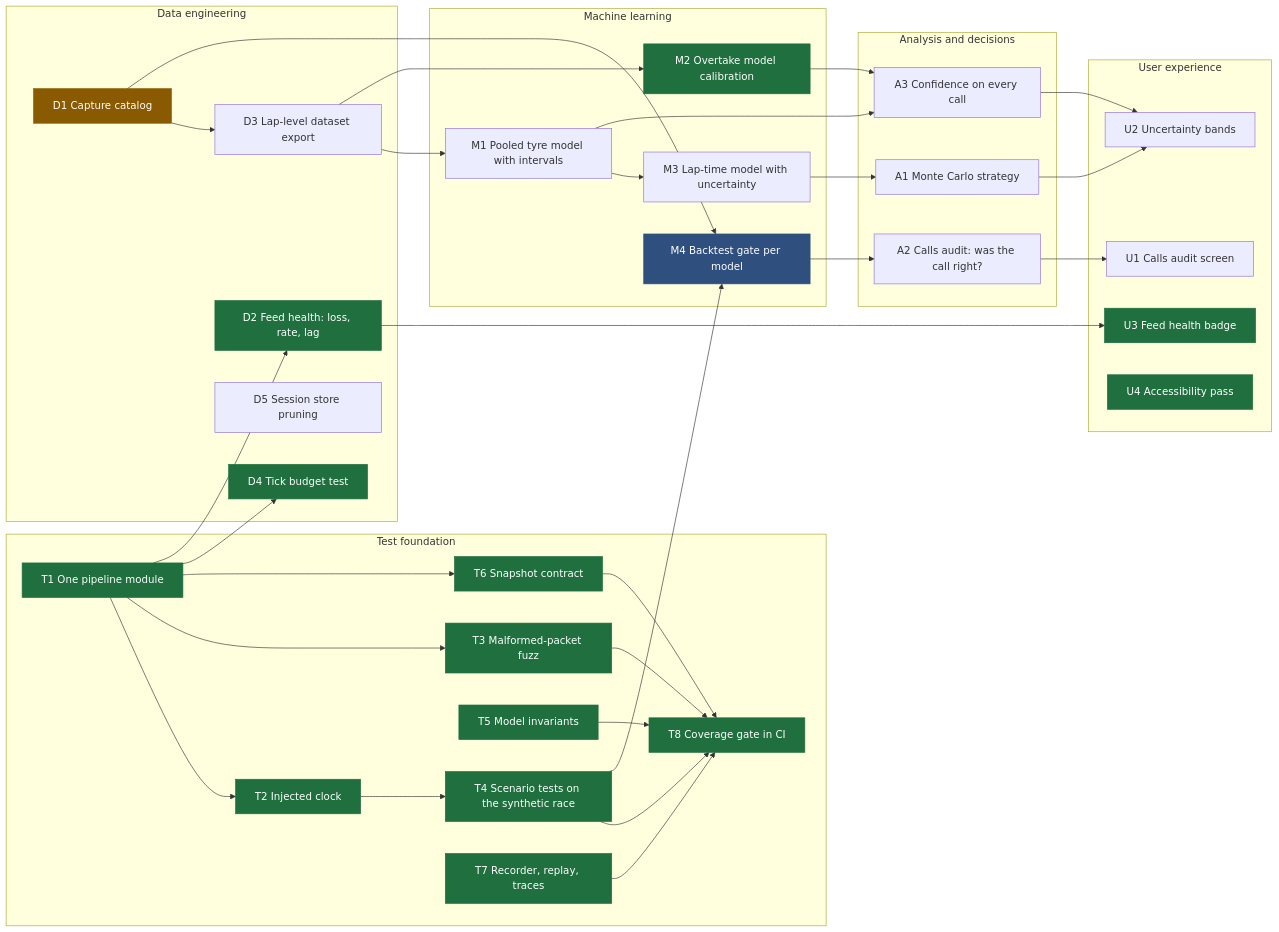
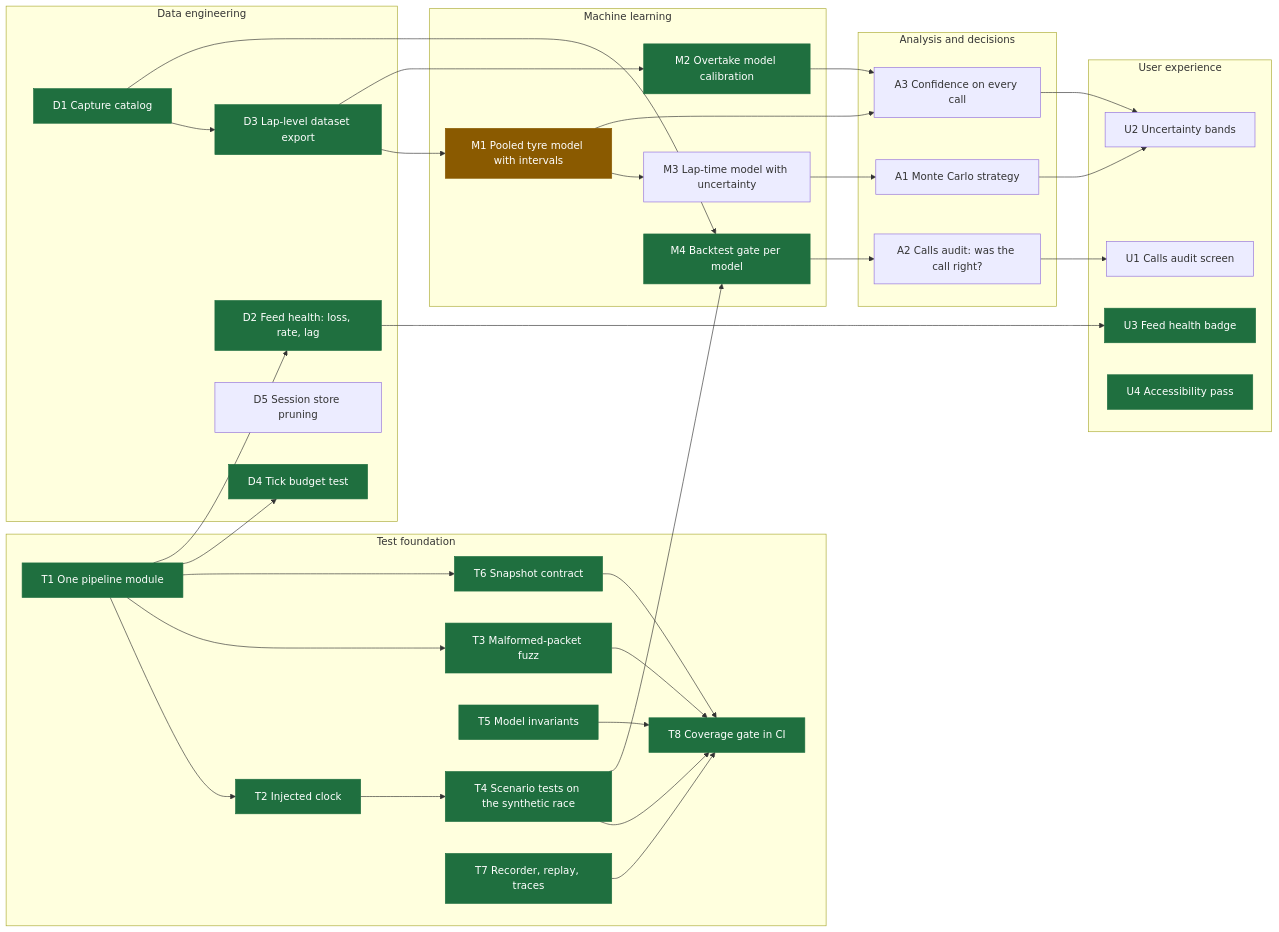
The diagram in docs/roadmap.md (srikarnadella/f1-race-engineer), drawn with Mermaid before and after one commit. The commit also changed other lines of this file and 11 other files, not shown here.

First line of the commit message:
Lap dataset and model backtest gate (roadmap D1, D3, M4): datasets/races.csv and laps.csv built from the real races; CI fails if the tyre model or rival-stop timing gets worse

````diff
--- a/docs/roadmap.md
+++ b/docs/roadmap.md
@@ -8,55 +8,54 @@
 ```mermaid
 flowchart LR
   classDef done fill:#1f6f3f,color:#fff,stroke:#1f6f3f
   classDef next fill:#8a5a00,color:#fff,stroke:#8a5a00
   classDef part fill:#2f4f7f,color:#fff,stroke:#2f4f7f
 
   subgraph T[Test foundation]
     T1[T1 One pipeline module]:::done
     T2[T2 Injected clock]:::done
     T3[T3 Malformed-packet fuzz]:::done
     T4[T4 Scenario tests on the synthetic race]:::done
     T5[T5 Model invariants]:::done
     T6[T6 Snapshot contract]:::done
     T7[T7 Recorder, replay, traces]:::done
     T8[T8 Coverage gate in CI]:::done
   end
   subgraph D[Data engineering]
-    D1[D1 Capture catalog]:::next
-    %% next after D1: D3, then M1
+    D1[D1 Capture catalog]:::done
     D2[D2 Feed health: loss, rate, lag]:::done
-    D3[D3 Lap-level dataset export]
+    D3[D3 Lap-level dataset export]:::done
     D4[D4 Tick budget test]:::done
     D5[D5 Session store pruning]
   end
   subgraph M[Machine learning]
-    M1[M1 Pooled tyre model with intervals]
+    M1[M1 Pooled tyre model with intervals]:::next
     M2[M2 Overtake model calibration]:::done
     M3[M3 Lap-time model with uncertainty]
-    M4[M4 Backtest gate per model]:::part
+    M4[M4 Backtest gate per model]:::done
   end
   subgraph A[Analysis and decisions]
     A1[A1 Monte Carlo strategy]
     A2[A2 Calls audit: was the call right?]
     A3[A3 Confidence on every call]
   end
   subgraph U[User experience]
     U1[U1 Calls audit screen]
     U2[U2 Uncertainty bands]
     U3[U3 Feed health badge]:::done
     U4[U4 Accessibility pass]:::done
   end
 
   T1 --> T2 --> T4
   T1 --> T3
   T1 --> T6
   T1 --> D4
   T3 & T4 & T5 & T6 & T7 --> T8
   T1 --> D2 --> U3
   D1 --> D3
   D3 --> M1 & M2
   M1 --> M3 --> A1
   D1 & T4 --> M4 --> A2 --> U1
   M1 & M2 --> A3 --> U2
   A1 --> U2
 ```
````
